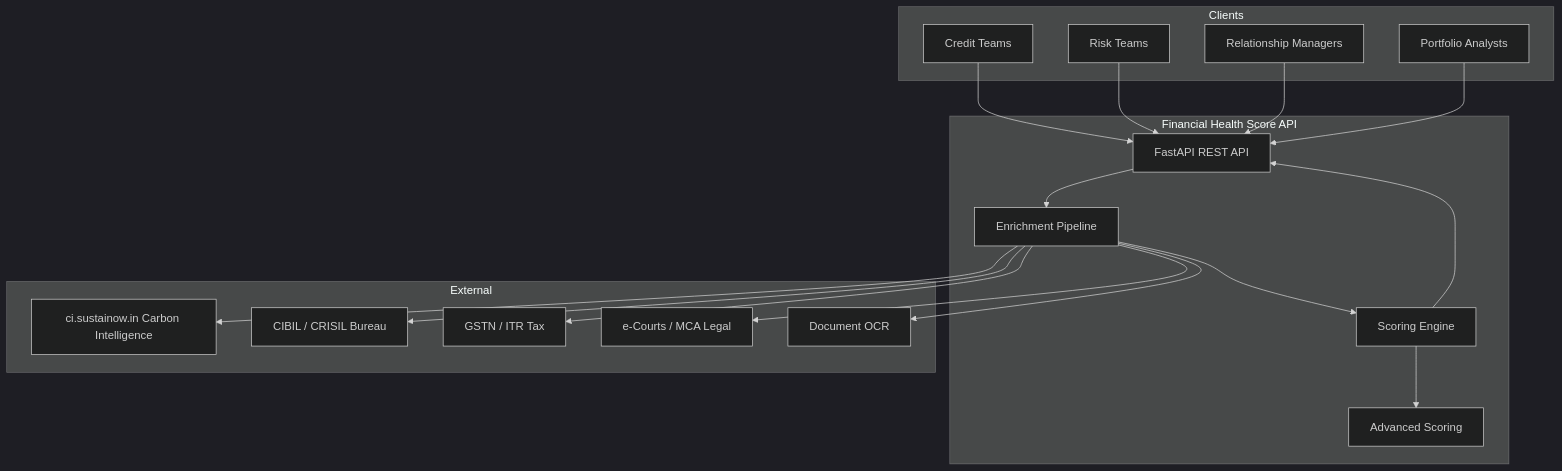
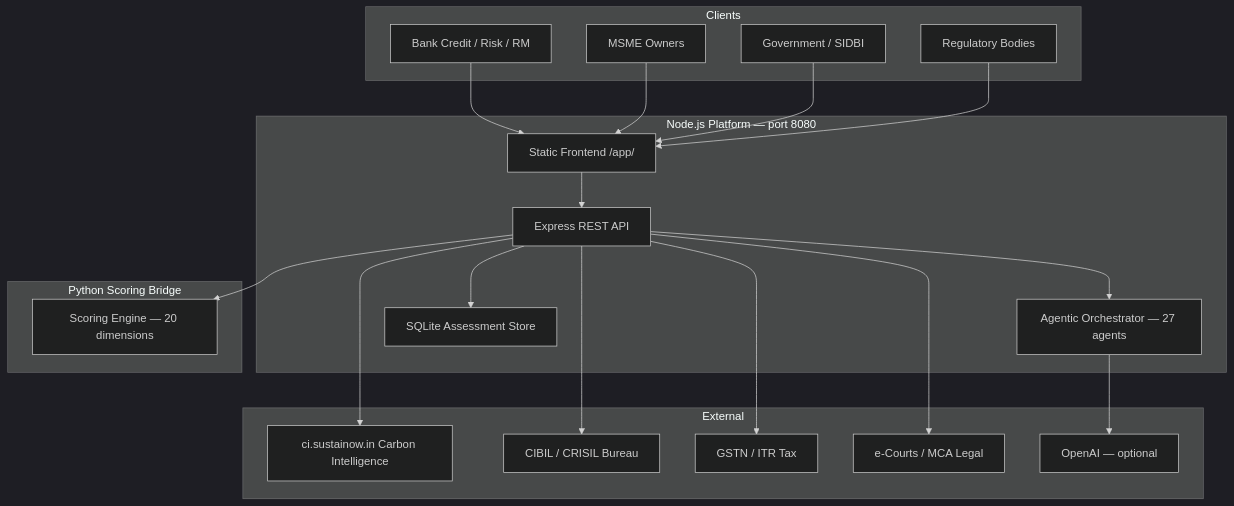
One commit to carbonintelli/FinancialHealthScore changed the first of 3 diagrams in docs/ARCHITECTURE.md. Above: the diagram before and after it, drawn with Mermaid (dark theme). The commit also changed other lines of this file and 7 other files, not shown here.

First line of the commit message:
Update documentation for Node.js v2.1 platform and snapshots

````diff
--- a/docs/ARCHITECTURE.md
+++ b/docs/ARCHITECTURE.md
@@ -9,31 +11,36 @@
 ```mermaid
 flowchart TB
     subgraph Clients
-        CT[Credit Teams]
-        RT[Risk Teams]
-        RM[Relationship Managers]
-        PA[Portfolio Analysts]
+        BANK[Bank Credit / Risk / RM]
+        MSME[MSME Owners]
+        GOVT[Government / SIDBI]
+        REG[Regulatory Bodies]
     end
 
-    subgraph FHS[Financial Health Score API]
-        API[FastAPI REST API]
-        SE[Scoring Engine]
-        AS[Advanced Scoring]
-        EN[Enrichment Pipeline]
+    subgraph Node[Node.js Platform — port 8080]
+        WEB[Express REST API]
+        AGENTS[Agentic Orchestrator — 27 agents]
+        STORE[SQLite Assessment Store]
+        FE[Static Frontend /app/]
+    end
+
+    subgraph Python[Python Scoring Bridge]
+        SE[Scoring Engine — 20 dimensions]
     end
 
     subgraph External
         CI[ci.sustainow.in Carbon Intelligence]
         BU[CIBIL / CRISIL Bureau]
         TX[GSTN / ITR Tax]
         LG[e-Courts / MCA Legal]
-        DOC[Document OCR]
+        OAI[OpenAI — optional]
     end
 
-    CT & RT & RM & PA --> API
-    API --> EN
-    EN --> BU & TX & LG & DOC & CI
-    EN --> SE
-    SE --> AS
-    SE --> API
+    BANK & MSME & GOVT & REG --> FE
+    FE --> WEB
+    WEB --> AGENTS
+    WEB --> SE
+    AGENTS --> OAI
+    WEB --> BU & TX & LG & CI
+    WEB --> STORE
 ```
````
